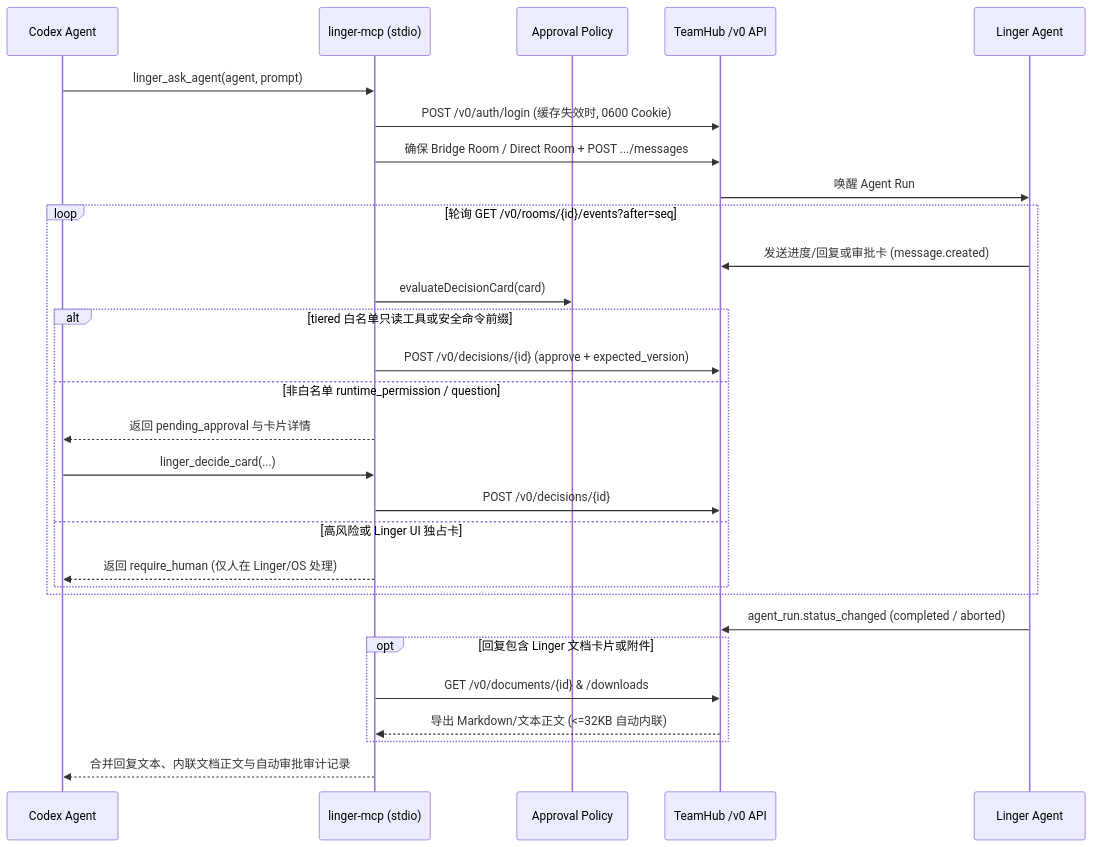
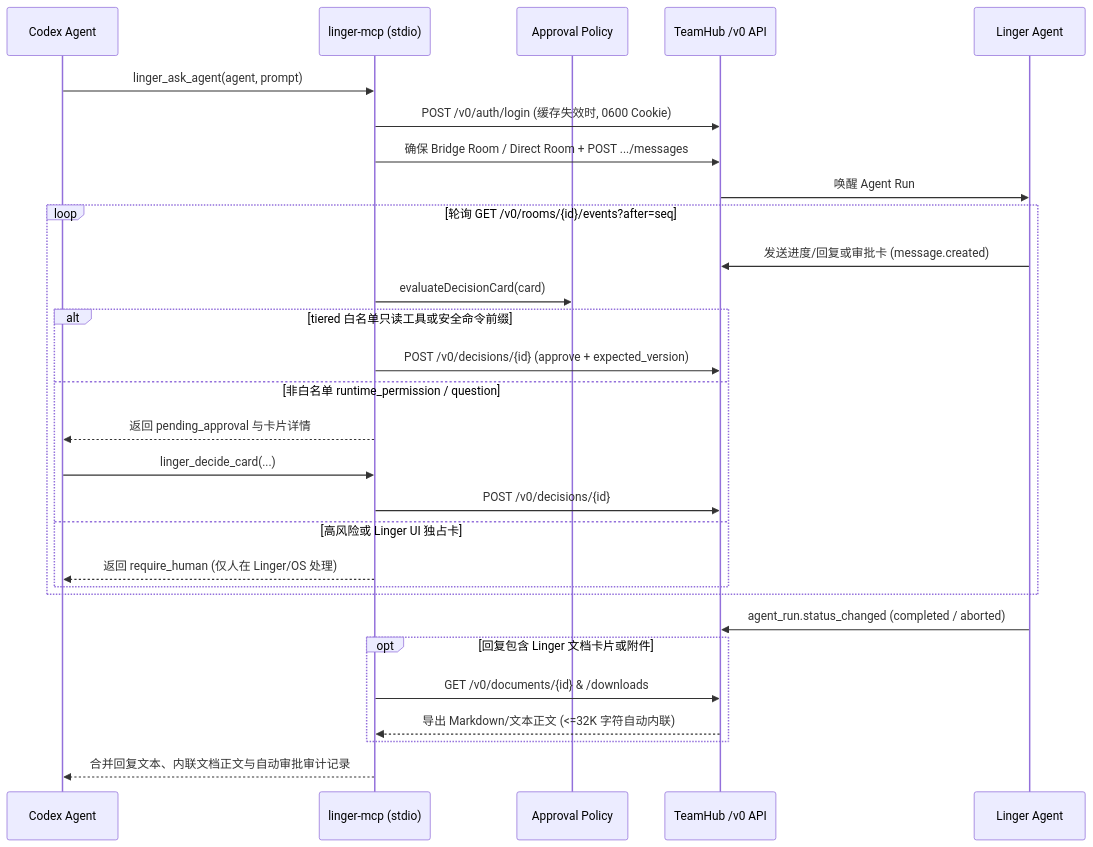
One commit to Liuji860/linger-mcp changed the diagram in README.md. Above: the diagram before and after it, drawn with Mermaid. The commit also changed other lines of this file and 8 other files, not shown here.

````diff
--- a/README.md
+++ b/README.md
@@ -103,32 +103,32 @@
 ```mermaid
 sequenceDiagram
   participant C as Codex Agent
   participant M as linger-mcp (stdio)
   participant P as Approval Policy
   participant T as TeamHub /v0 API
   participant A as Linger Agent
 
   C->>M: linger_ask_agent(agent, prompt)
   M->>T: POST /v0/auth/login (缓存失效时, 0600 Cookie)
   M->>T: 确保 Bridge Room / Direct Room + POST .../messages
   T->>A: 唤醒 Agent Run
   loop 轮询 GET /v0/rooms/{id}/events?after=seq
     A->>T: 发送进度/回复或审批卡 (message.created)
     M->>P: evaluateDecisionCard(card)
     alt tiered 白名单只读工具或安全命令前缀
       M->>T: POST /v0/decisions/{id} (approve + expected_version)
     else 非白名单 runtime_permission / question
       M-->>C: 返回 pending_approval 与卡片详情
       C->>M: linger_decide_card(...)
       M->>T: POST /v0/decisions/{id}
     else 高风险或 Linger UI 独占卡
       M-->>C: 返回 require_human (仅人在 Linger/OS 处理)
     end
   end
   A->>T: agent_run.status_changed (completed / aborted)
   opt 回复包含 Linger 文档卡片或附件
     M->>T: GET /v0/documents/{id} & /downloads
-    T-->>M: 导出 Markdown/文本正文 (<=32KB 自动内联)
+    T-->>M: 导出 Markdown/文本正文 (<=32K 字符自动内联)
   end
   M-->>C: 合并回复文本、内联文档正文与自动审批审计记录
 ```
````
